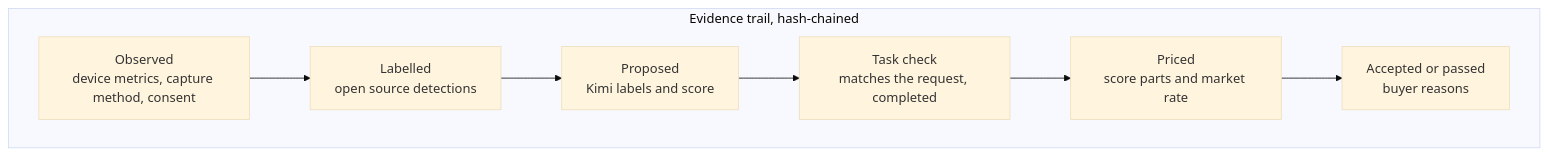
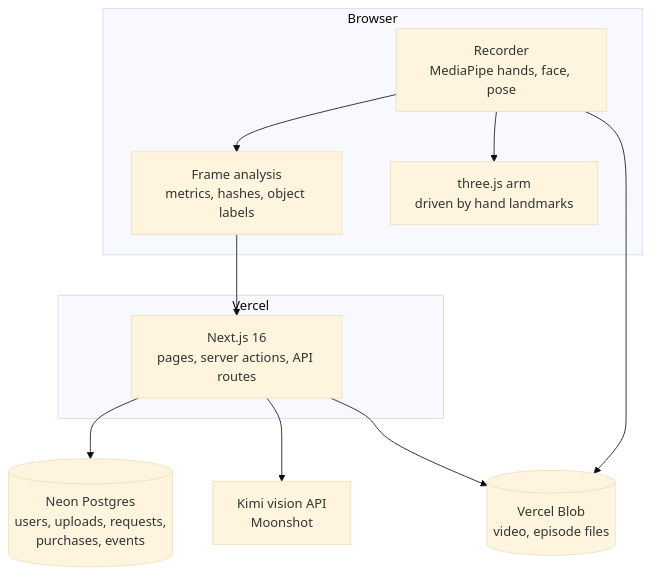
One commit to KarinaKKarinaK/hk-ai-summit-hackathon changed the third of 3 diagrams in README.md. Above: the diagram before and after it, drawn with Mermaid (base theme). The commit also changed other lines of this file and 19 other files, not shown here.

````diff
--- a/README.md
+++ b/README.md
@@ -75,10 +164,22 @@
 ```mermaid
 flowchart TB
-    subgraph Trail[Evidence trail, hash-chained]
-        O[Observed<br/>device metrics, capture method, consent] --> La[Labelled<br/>open source detections]
-        La --> P[Proposed<br/>Kimi labels and score]
-        P --> T[Task check<br/>matches the request, completed]
-        T --> D[Priced<br/>score parts and market rate]
-        D --> A[Accepted or passed<br/>buyer reasons]
+    subgraph Browser
+        R[Recorder<br/>MediaPipe hands, face, pose]
+        Q[Frame analysis<br/>metrics, hashes, object labels]
+        T[three.js arm<br/>driven by hand landmarks]
     end
+    subgraph Vercel
+        N[Next.js 16<br/>pages, server actions, API routes]
+    end
+    Blob[(Vercel Blob<br/>video, episode files)]
+    PG[(Neon Postgres<br/>users, uploads, requests,<br/>purchases, events)]
+    Kimi[Kimi vision API<br/>Moonshot]
+
+    R --> Q
+    R --> T
+    Q --> N
+    R --> Blob
+    N --> PG
+    N --> Kimi
+    N --> Blob
 ```
````
